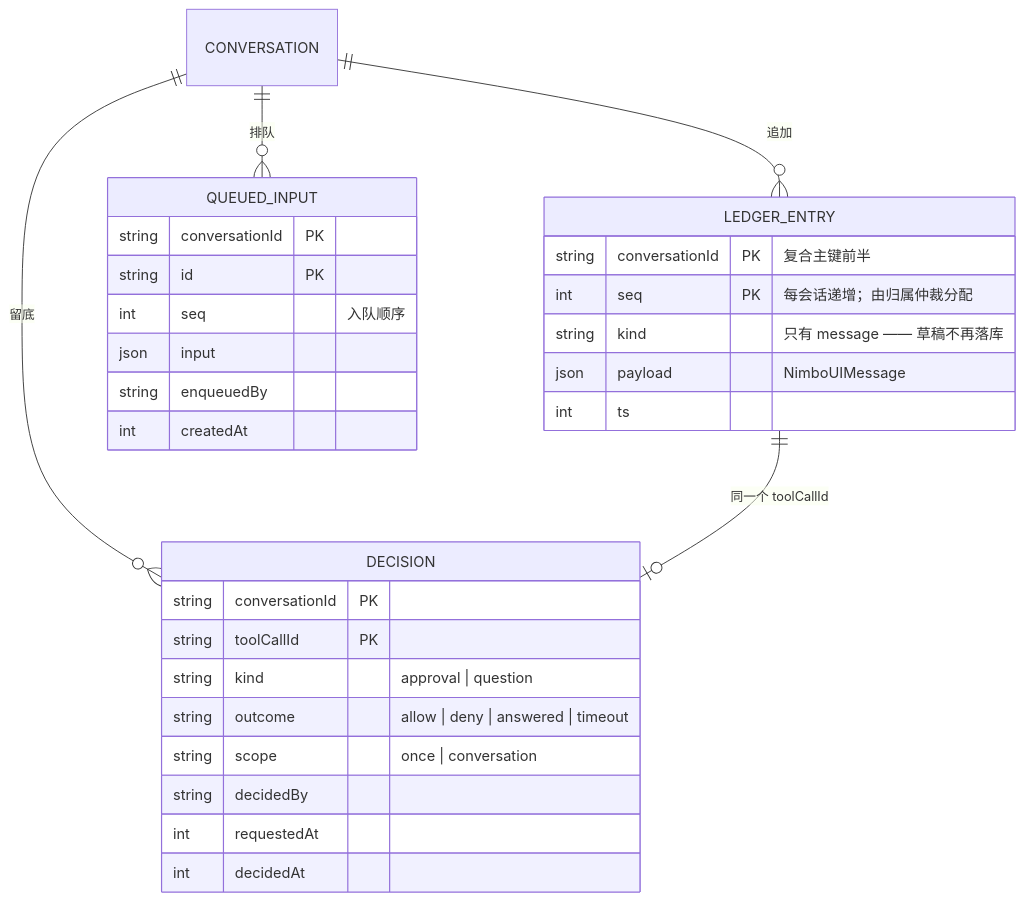
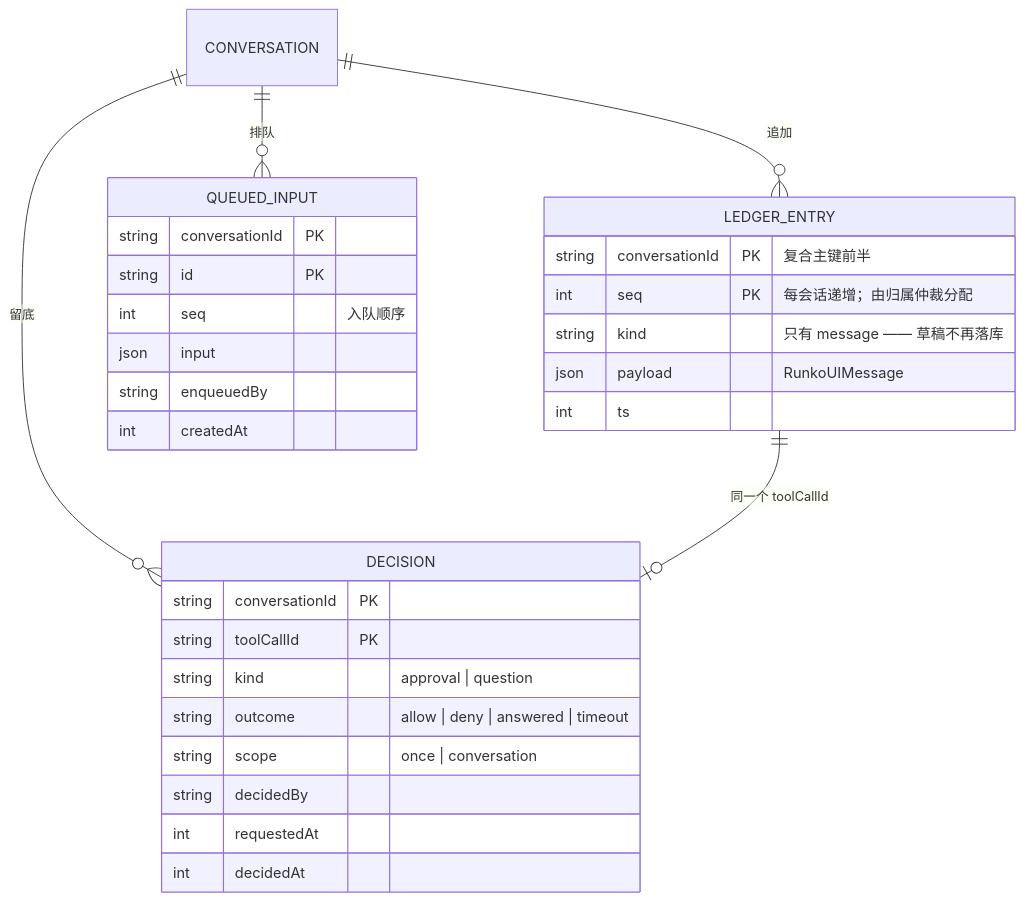
One commit to ludafa/runko changed the second of 4 diagrams in docs/logic/orchestration/tech/agent-runtime.md. Above: the diagram before and after it, drawn with Mermaid. The commit also changed other lines of this file and 450 other files, not shown here.

First line of the commit message:
refactor: 全仓库改名 nimbo → runko，库表名改用 agent_ 前缀

````diff
--- a/docs/logic/orchestration/tech/agent-runtime.md
+++ b/docs/logic/orchestration/tech/agent-runtime.md
@@ -64,33 +64,33 @@
 ```mermaid
 erDiagram
     CONVERSATION ||--o{ LEDGER_ENTRY : "追加"
     CONVERSATION ||--o{ DECISION : "留底"
     CONVERSATION ||--o{ QUEUED_INPUT : "排队"
     LEDGER_ENTRY ||--o| DECISION : "同一个 toolCallId"
 
     LEDGER_ENTRY {
         string conversationId PK "复合主键前半"
         int    seq            PK "每会话递增；由归属仲裁分配"
         string kind              "只有 message —— 草稿不再落库"
-        json   payload           "NimboUIMessage"
+        json   payload           "RunkoUIMessage"
         int    ts
     }
     DECISION {
         string conversationId PK
         string toolCallId     PK
         string kind              "approval | question"
         string outcome           "allow | deny | answered | timeout"
         string scope             "once | conversation"
         string decidedBy
         int    requestedAt
         int    decidedAt
     }
     QUEUED_INPUT {
         string conversationId PK
         string id             PK
         int    seq               "入队顺序"
         json   input
         string enqueuedBy
         int    createdAt
     }
 ```
````
